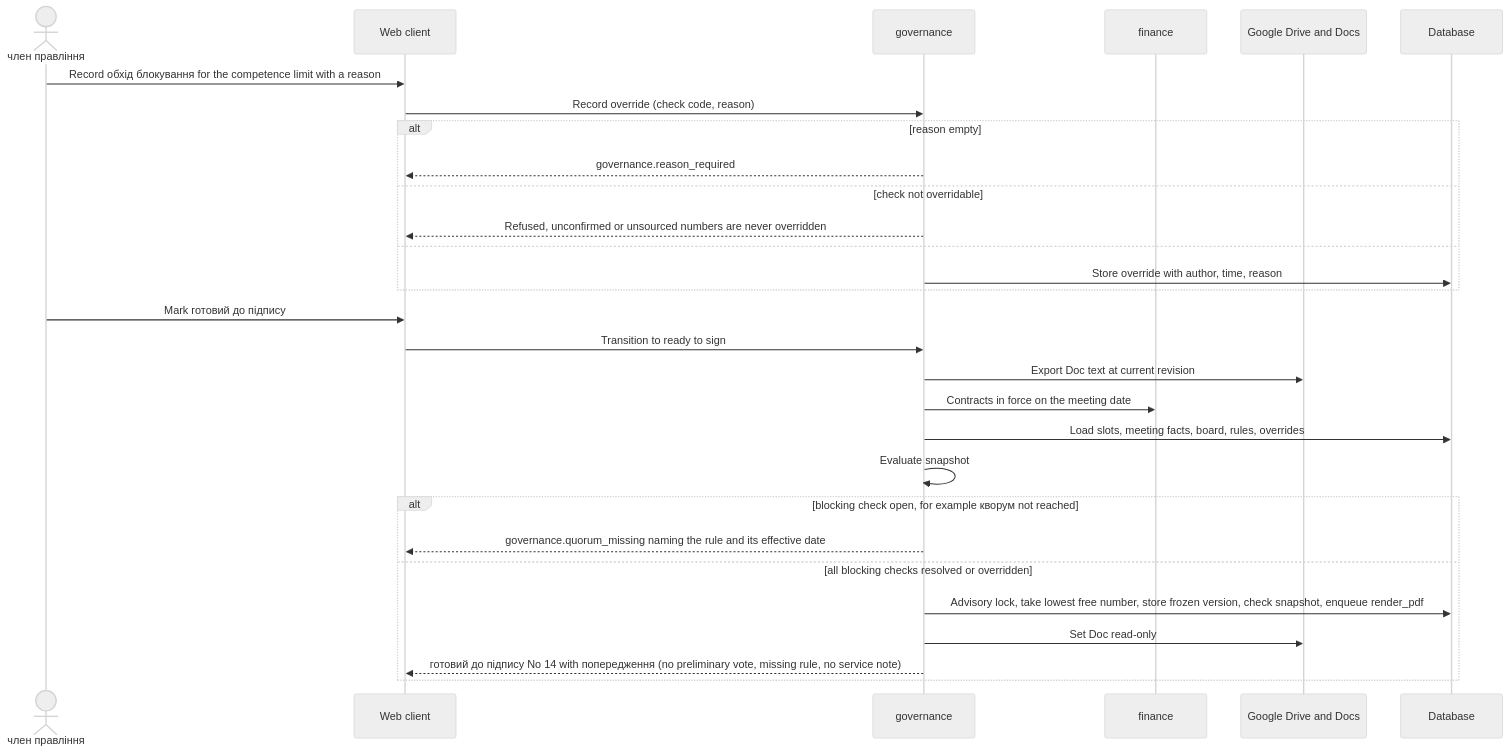
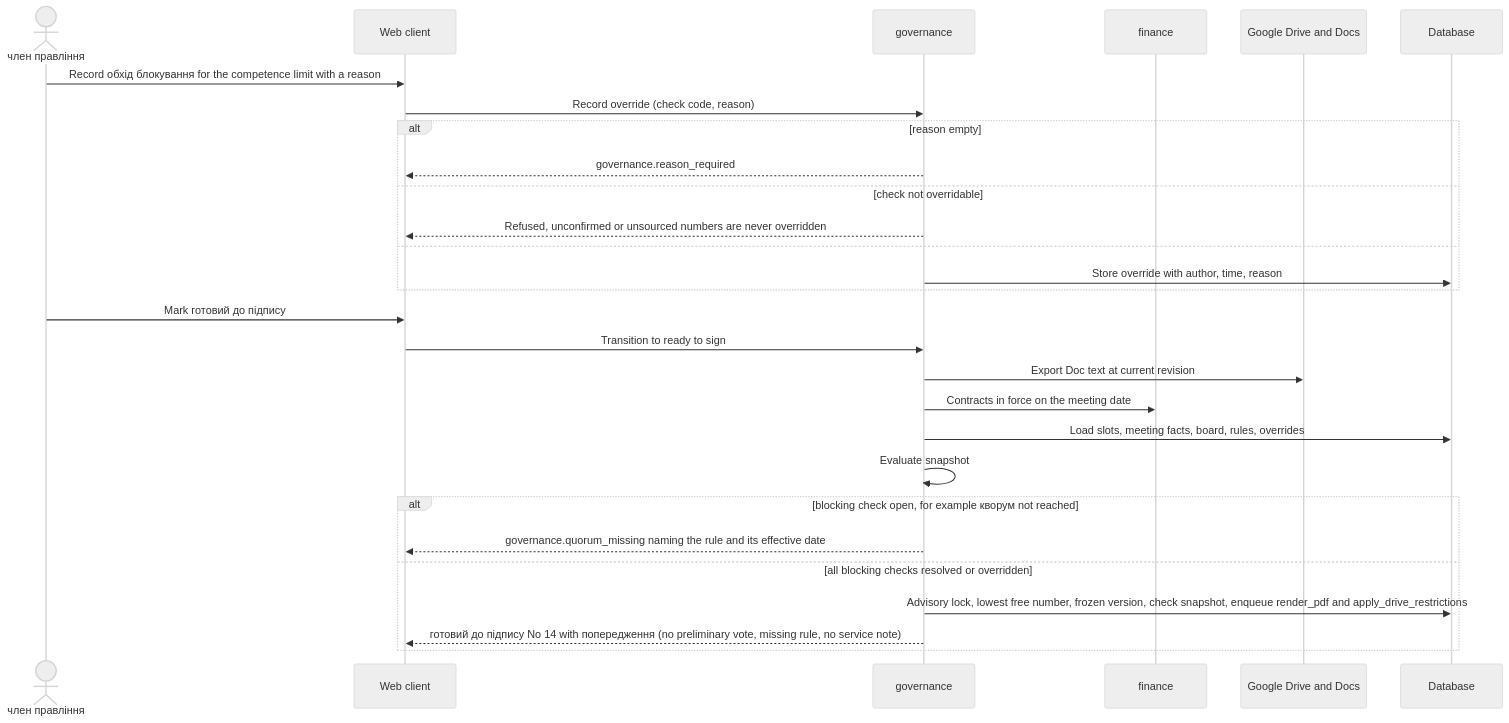
The fifth of 10 diagrams in docs/features/board-protocol/sad.ao-architecture.md (AndriiOpryshko/spilno), drawn with Mermaid (neutral theme) before and after one commit. The commit also changed other lines of this file and 3 other files, not shown here.

Commit message:
board-protocol: sad §6 — flows per PRD §10 transition, Google failure flow, Drive restrictions as retried jobs

````diff
--- a/docs/features/board-protocol/sad.ao-architecture.md
+++ b/docs/features/board-protocol/sad.ao-architecture.md
@@ -269,31 +268,30 @@
 ```mermaid
 sequenceDiagram
     actor M as член правління
     participant web as Web client
     participant gov as governance
     participant fin as finance
     participant drive as Google Drive and Docs
     participant db as Database
     M->>web: Record обхід блокування for the competence limit with a reason
     web->>gov: Record override (check code, reason)
     alt reason empty
         gov-->>web: governance.reason_required
     else check not overridable
         gov-->>web: Refused, unconfirmed or unsourced numbers are never overridden
     else
         gov->>db: Store override with author, time, reason
     end
     M->>web: Mark готовий до підпису
     web->>gov: Transition to ready to sign
     gov->>drive: Export Doc text at current revision
     gov->>fin: Contracts in force on the meeting date
     gov->>db: Load slots, meeting facts, board, rules, overrides
     gov->>gov: Evaluate snapshot
     alt blocking check open, for example кворум not reached
         gov-->>web: governance.quorum_missing naming the rule and its effective date
     else all blocking checks resolved or overridden
-        gov->>db: Advisory lock, take lowest free number, store frozen version, check snapshot, enqueue render_pdf
-        gov->>drive: Set Doc read-only
+        gov->>db: Advisory lock, lowest free number, frozen version, check snapshot, enqueue render_pdf and apply_drive_restrictions
         gov-->>web: готовий до підпису No 14 with попередження (no preliminary vote, missing rule, no service note)
     end
 ```
````
